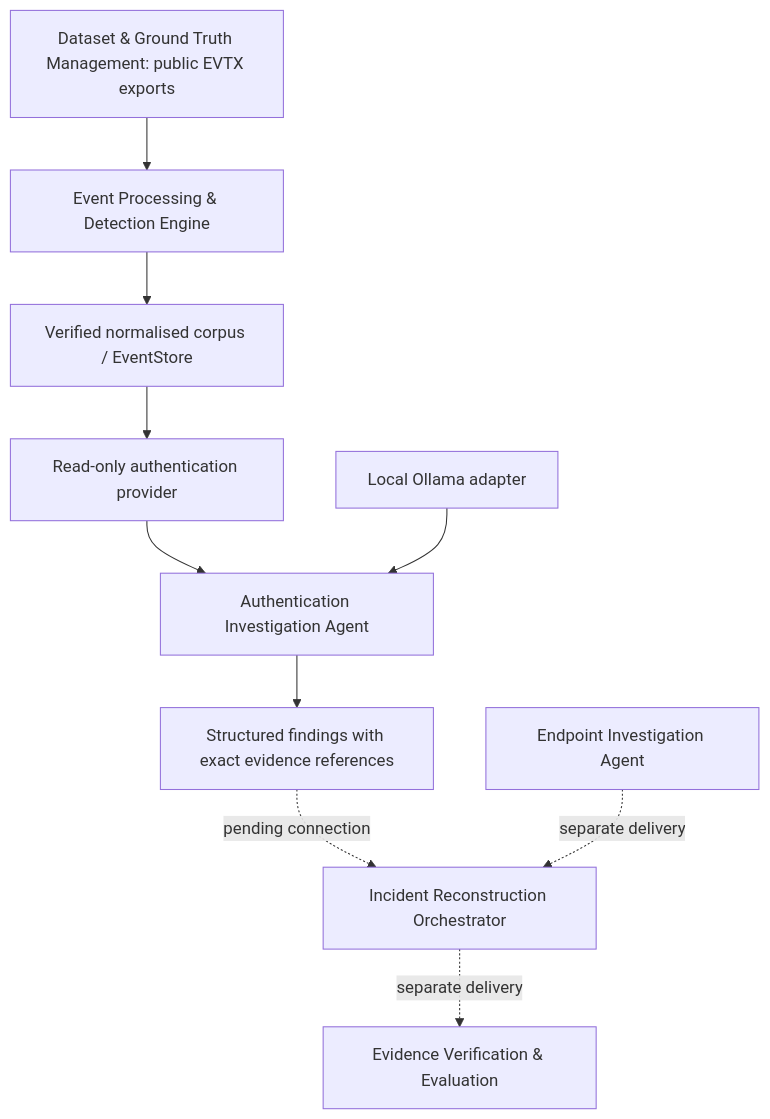
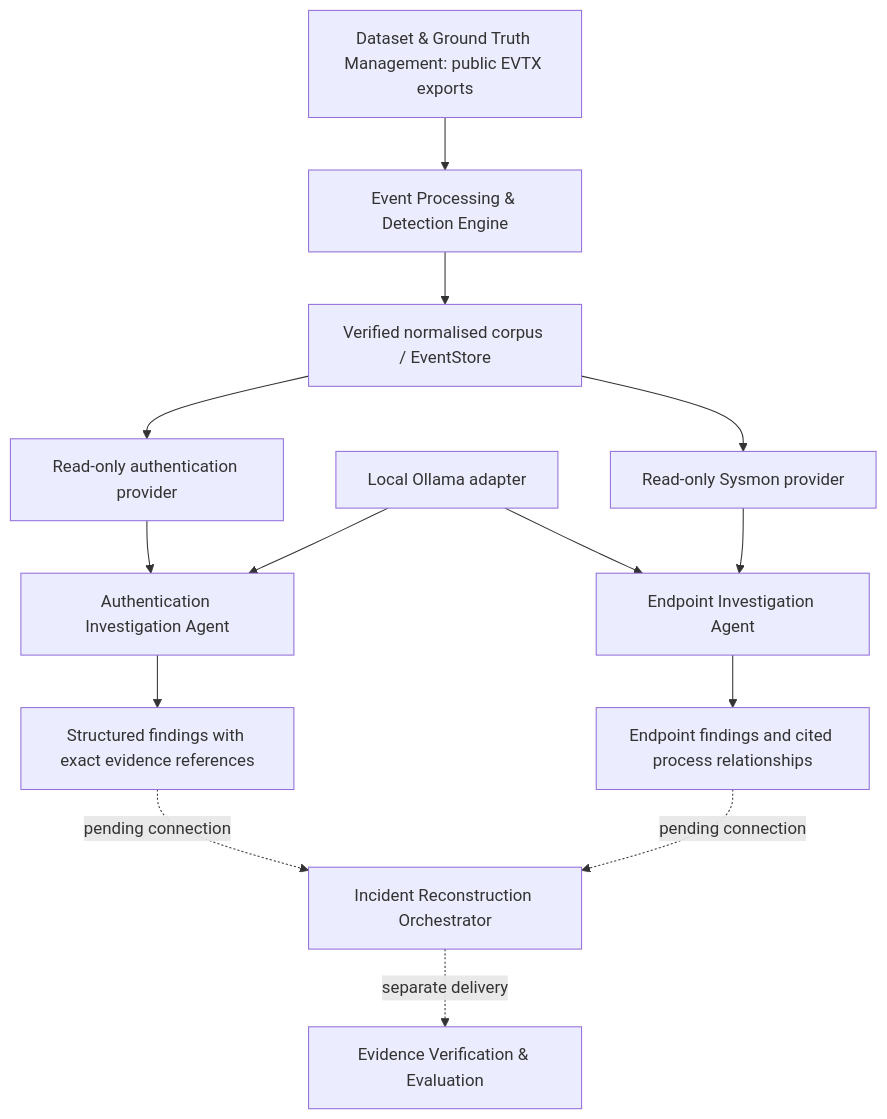
The diagram in docs/ARCHITECTURE.md (Koon-Kiat/Multi-Agent-Incident-Reconstruction), drawn with Mermaid before and after one commit. The commit also changed other lines of this file and 32 other files, not shown here.

First line of the commit message:
feat(endpoint): add bounded Sysmon investigation and evidence links (#12)

````diff
--- a/docs/ARCHITECTURE.md
+++ b/docs/ARCHITECTURE.md
@@ -16,12 +16,16 @@
 ```mermaid
 flowchart TD
   D[Dataset & Ground Truth Management: public EVTX exports] --> P[Event Processing & Detection Engine]
   P --> C[Verified normalised corpus / EventStore]
   C --> A[Read-only authentication provider]
   A --> I[Authentication Investigation Agent]
   L[Local Ollama adapter] --> I
   I --> F[Structured findings with exact evidence references]
   F -. pending connection .-> O[Incident Reconstruction Orchestrator]
-  E[Endpoint Investigation Agent] -. separate delivery .-> O
+  C --> EP[Read-only Sysmon provider]
+  EP --> E[Endpoint Investigation Agent]
+  L --> E
+  E --> EF[Endpoint findings and cited process relationships]
+  EF -. pending connection .-> O
   O -. separate delivery .-> V[Evidence Verification & Evaluation]
 ```
````
